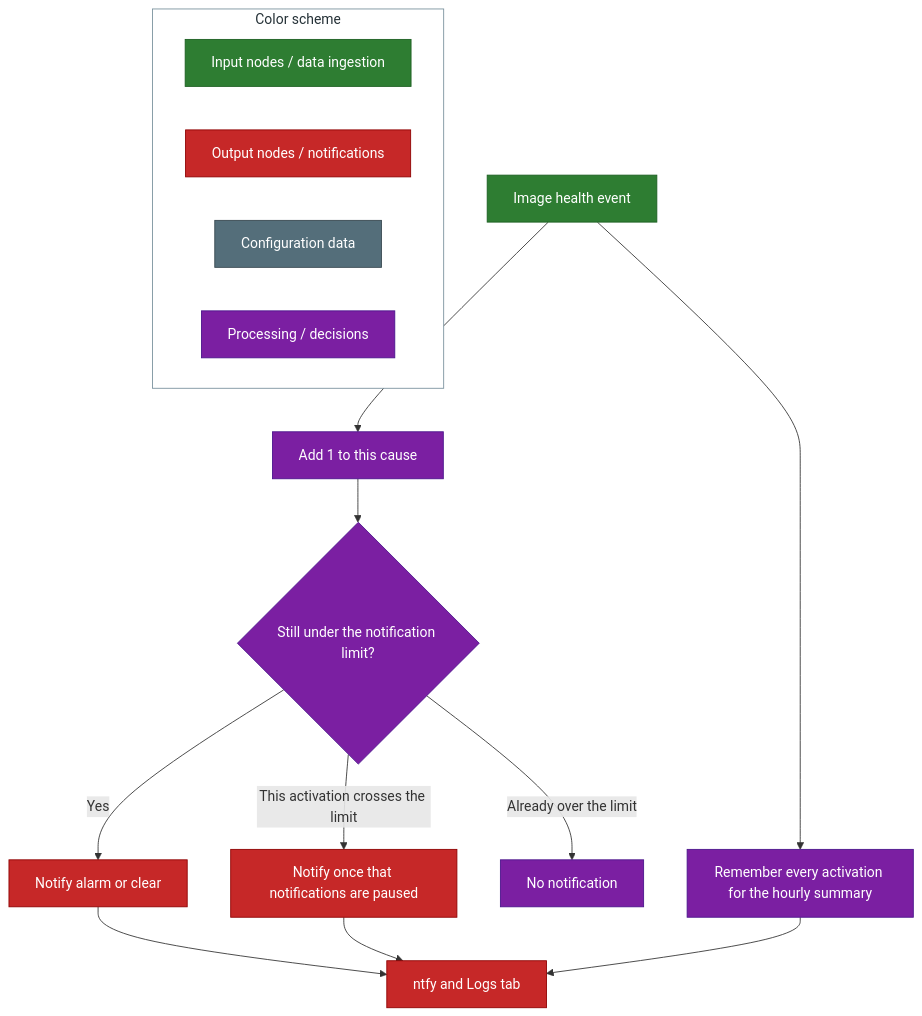
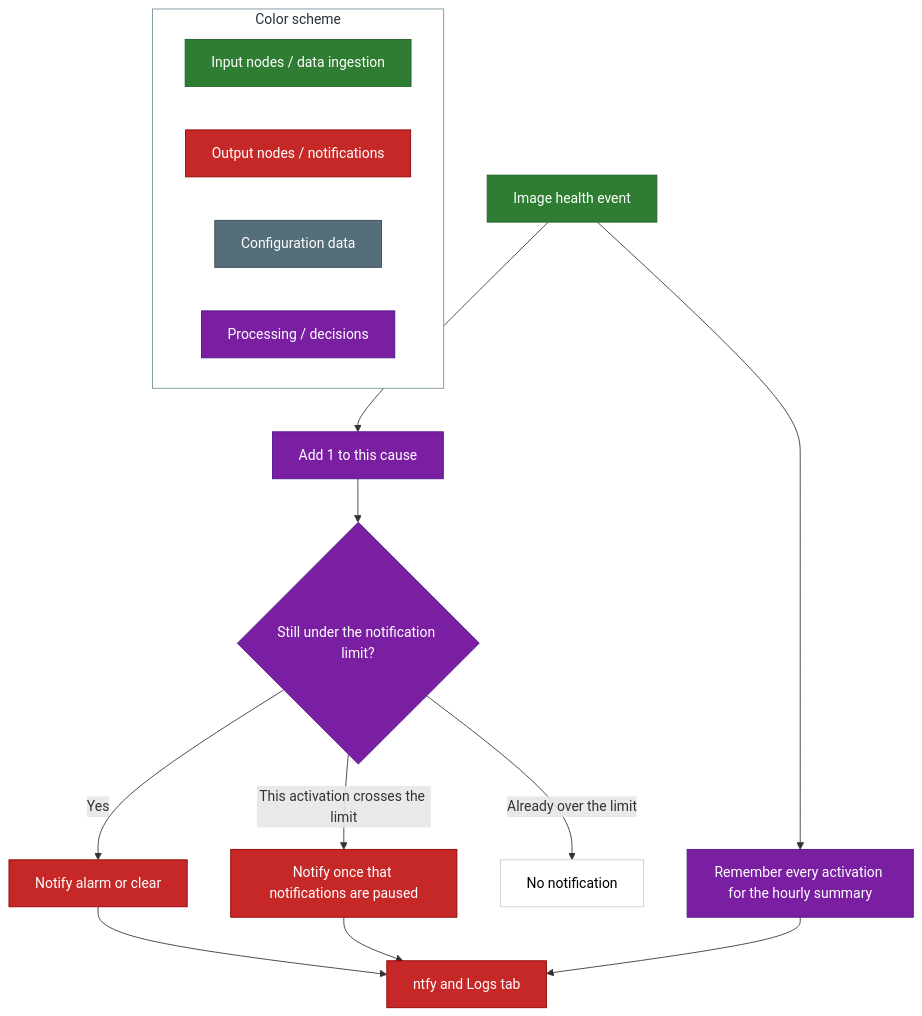
The diagram in project-image-health-event-notifications/README.md (fixedit-ai/fixedit-data-agent-examples), drawn with Mermaid before and after one commit.

Commit message:
Made "No notification" white since it doesn't belong to any category.

````diff
--- a/project-image-health-event-notifications/README.md
+++ b/project-image-health-event-notifications/README.md
@@ -63,32 +63,36 @@
 ```mermaid
+
 flowchart TD
     subgraph Legend["Color scheme"]
         direction LR
         L1["Input nodes / data ingestion"]
         L2["Output nodes / notifications"]
         L3["Configuration data"]
         L4["Processing / decisions"]
     end
 
     A["Image health event"] --> B["Add 1 to this cause"]
     B --> C{"Still under the notification limit?"}
     C -->|Yes| D["Notify alarm or clear"]
     C -->|This activation crosses the limit| E["Notify once that notifications are paused"]
     C -->|Already over the limit| F["No notification"]
     A --> G["Remember every activation for the hourly summary"]
     D --> H["ntfy and Logs tab"]
     E --> H
     G --> H
 
     classDef config fill:#546e7a,stroke:#37474f,color:#ffffff
     classDef input fill:#2e7d32,stroke:#1b5e20,color:#ffffff
     classDef output fill:#c62828,stroke:#8e0000,color:#ffffff
     classDef processing fill:#7b1fa2,stroke:#4a148c,color:#ffffff
+    classDef noNotification fill:#ffffff,stroke:#cccccc,color:#000000
 
     class A,L1 input
     class D,E,H,L2 output
     class L3 config
-    class B,C,F,G,L4 processing
+    class B,C,G,L4 processing
+    class F noNotification
 
     style Legend fill:#ffffff,stroke:#78909c,color:#263238
+
 ```
````
